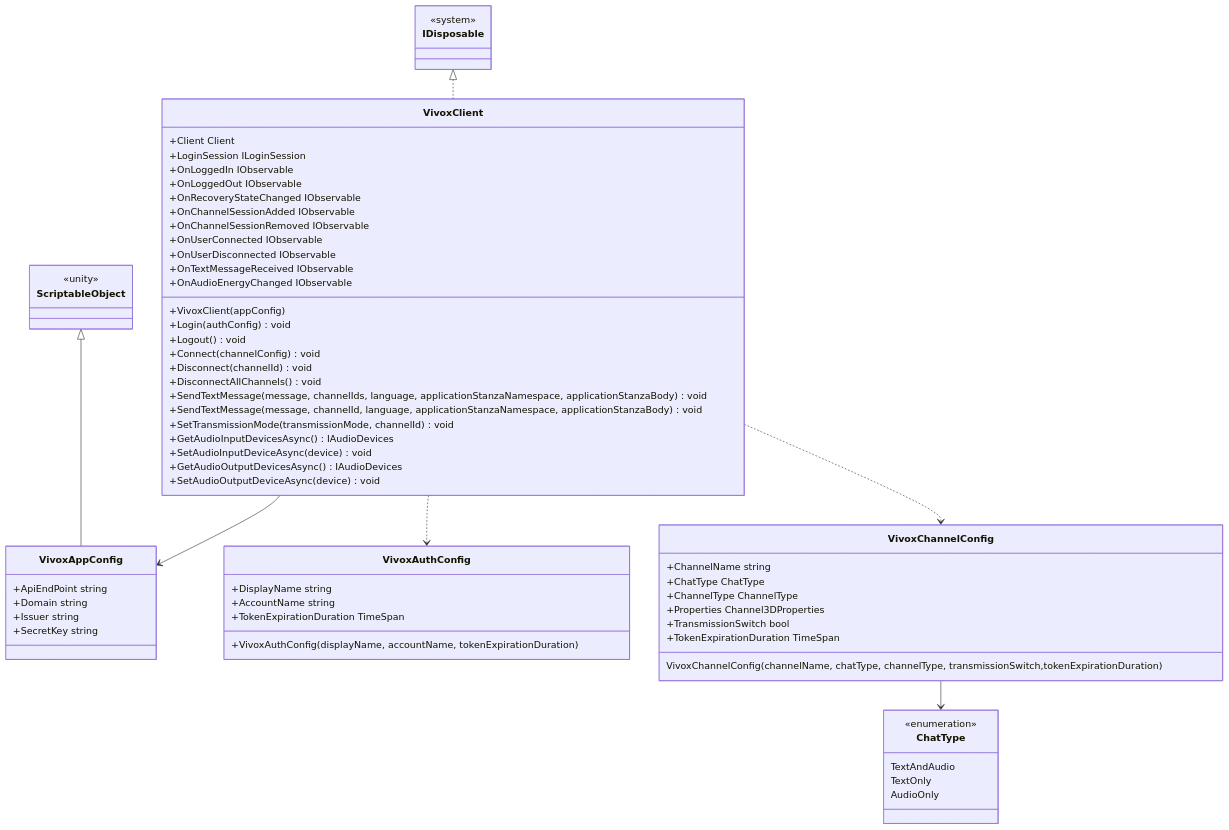
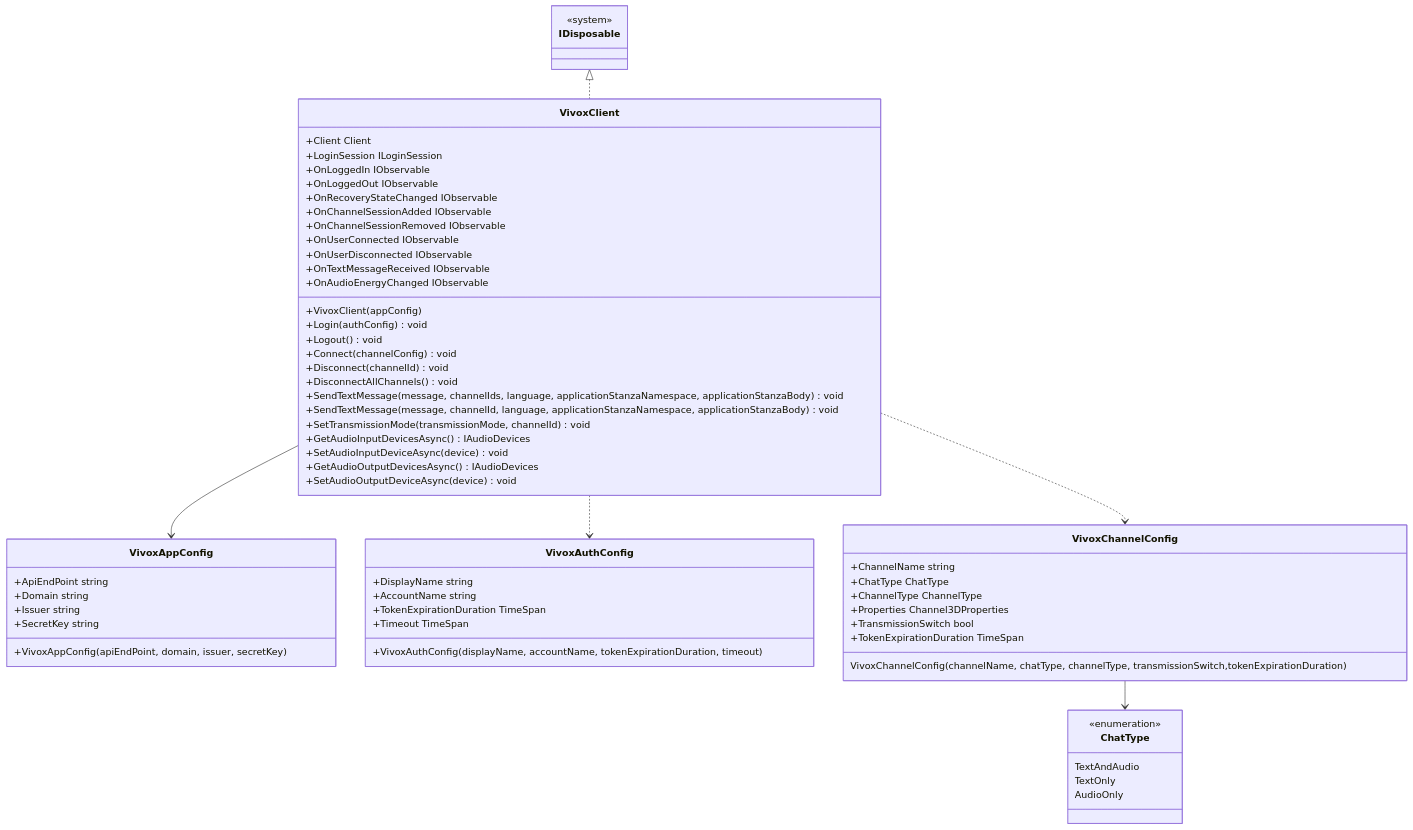
Before and after one commit to extreal-dev/Extreal.Guide: the diagram in docs/integration/chat.vivox.md, drawn with Mermaid. The commit also changed other lines of this file and 19 other files, not shown here.

````diff
--- a/docs/integration/chat.vivox.md
+++ b/docs/integration/chat.vivox.md
@@ -40,76 +40,73 @@
 ```mermaid
 classDiagram
 
     VivoxClient --> VivoxAppConfig
     VivoxClient ..> VivoxAuthConfig
     VivoxClient ..> VivoxChannelConfig
     VivoxChannelConfig --> ChatType
-    ScriptableObject <|-- VivoxAppConfig
     IDisposable <|.. VivoxClient
 
     class VivoxClient {
         +Client Client
         +LoginSession ILoginSession
         +OnLoggedIn IObservable
         +OnLoggedOut IObservable
         +OnRecoveryStateChanged IObservable
         +OnChannelSessionAdded IObservable
         +OnChannelSessionRemoved IObservable
         +OnUserConnected IObservable
         +OnUserDisconnected IObservable
         +OnTextMessageReceived IObservable
         +OnAudioEnergyChanged IObservable
         +VivoxClient(appConfig)
         +Login(authConfig) void
         +Logout() void
         +Connect(channelConfig) void
         +Disconnect(channelId) void
         +DisconnectAllChannels() void
         +SendTextMessage(message, channelIds, language, applicationStanzaNamespace, applicationStanzaBody) void
         +SendTextMessage(message, channelId, language, applicationStanzaNamespace, applicationStanzaBody) void
         +SetTransmissionMode(transmissionMode, channelId) void
         +GetAudioInputDevicesAsync() IAudioDevices
         +SetAudioInputDeviceAsync(device) void
         +GetAudioOutputDevicesAsync() IAudioDevices
         +SetAudioOutputDeviceAsync(device) void
     }
 
     class VivoxAppConfig {
         +ApiEndPoint string
         +Domain string
         +Issuer string
         +SecretKey string
+        +VivoxAppConfig(apiEndPoint, domain, issuer, secretKey)
     }
 
     class VivoxAuthConfig {
         +DisplayName string
         +AccountName string
         +TokenExpirationDuration TimeSpan
-        +VivoxAuthConfig(displayName, accountName,  tokenExpirationDuration)
+        +Timeout TimeSpan
+        +VivoxAuthConfig(displayName, accountName,  tokenExpirationDuration, timeout)
     }
 
     class ChatType {
         <<enumeration>>
         TextAndAudio
         TextOnly
         AudioOnly
     }
 
     class VivoxChannelConfig {
         +ChannelName string
         +ChatType ChatType
         +ChannelType ChannelType
         +Properties Channel3DProperties
         +TransmissionSwitch bool
         +TokenExpirationDuration TimeSpan
         VivoxChannelConfig(channelName, chatType, channelType, transmissionSwitch,tokenExpirationDuration)
     }
 
-    class ScriptableObject {
-        <<unity>>
-    }
-
     class IDisposable {
         <<system>>
     }
 ```
````
